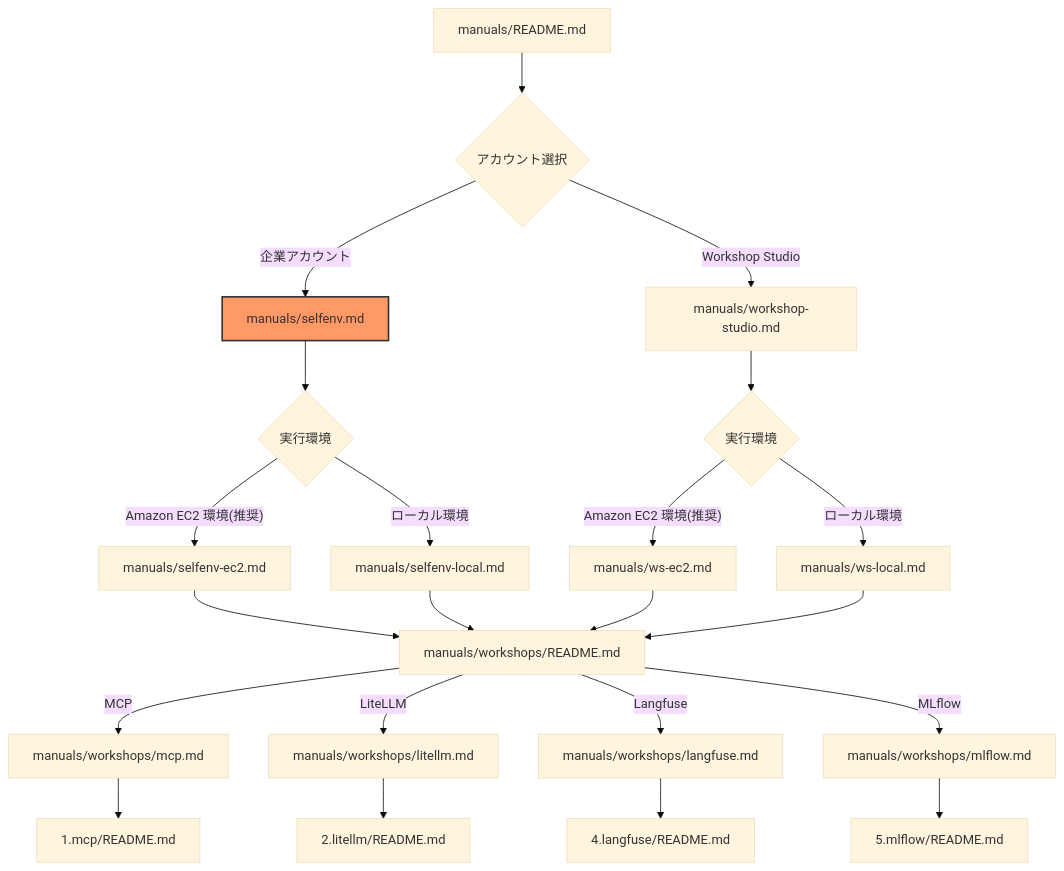
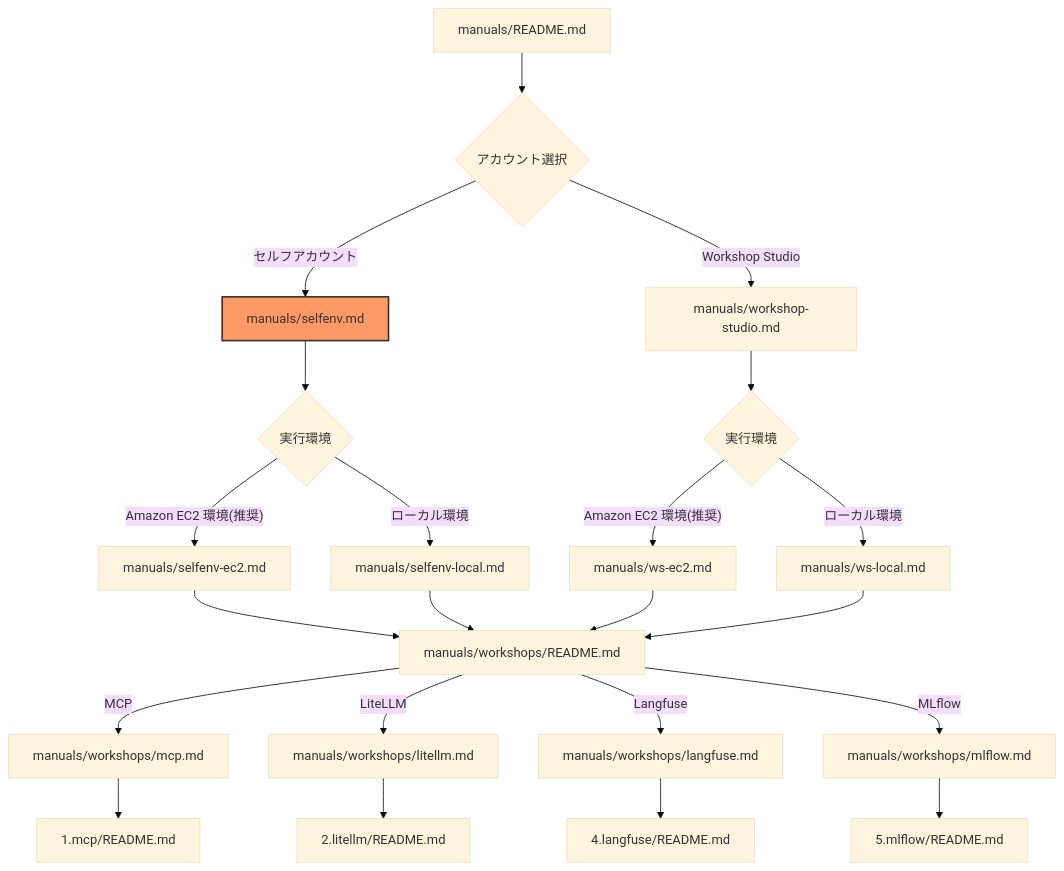
Before and after one commit to littlemex/aws-samples: the diagram in workshops/ai-coding-workshop/cline/manuals/selfenv.md, drawn with Mermaid (base theme). The commit also changed 1 other file, not shown here.

````diff
--- a/workshops/ai-coding-workshop/cline/manuals/selfenv.md
+++ b/workshops/ai-coding-workshop/cline/manuals/selfenv.md
@@ -8,44 +8,44 @@
 ```mermaid
 flowchart TD
     A[manuals/README.md] --> B{アカウント選択}
-    B -->|企業アカウント| C[manuals/selfenv.md]
+    B -->|セルフアカウント| C[manuals/selfenv.md]
     B -->|Workshop Studio| D[manuals/workshop-studio.md]
     
     C --> E{実行環境}
     D --> F{実行環境}
     
     E -->|"Amazon EC2 環境(推奨)"| G[manuals/selfenv-ec2.md]
     E -->|ローカル環境| H[manuals/selfenv-local.md]
     
     F -->|"Amazon EC2 環境(推奨)"| I[manuals/ws-ec2.md]
     F -->|ローカル環境| J[manuals/ws-local.md]
     
     G --> K[manuals/workshops/README.md]
     H --> K
     I --> K
     J --> K
     
     K -->|MCP| L[manuals/workshops/mcp.md]
     K -->|LiteLLM| M[manuals/workshops/litellm.md]
     K -->|Langfuse| N[manuals/workshops/langfuse.md]
     K -->|MLflow| O[manuals/workshops/mlflow.md]
     
     L --> P[1.mcp/README.md]
     M --> Q[2.litellm/README.md]
     N --> R[4.langfuse/README.md]
     O --> S[5.mlflow/README.md]
 
     click A href "https://github.com/littlemex/aws-samples/blob/feature/issue-53/workshops/ai-coding-workshop/cline/manuals/README.md"
     click D href "https://github.com/littlemex/aws-samples/blob/feature/issue-53/workshops/ai-coding-workshop/cline/manuals/workshop-studio.md"
     click G href "https://github.com/littlemex/aws-samples/blob/feature/issue-53/workshops/ai-coding-workshop/cline/manuals/selfenv-ec2.md"
     click H href "https://github.com/littlemex/aws-samples/blob/feature/issue-53/workshops/ai-coding-workshop/cline/manuals/selfenv-local.md"
     click I href "https://github.com/littlemex/aws-samples/blob/feature/issue-53/workshops/ai-coding-workshop/cline/manuals/ws-ec2.md"
     click J href "https://github.com/littlemex/aws-samples/blob/feature/issue-53/workshops/ai-coding-workshop/cline/manuals/ws-local.md"
     click K href "https://github.com/littlemex/aws-samples/blob/feature/issue-53/workshops/ai-coding-workshop/cline/manuals/workshops/README.md"
     click L href "https://github.com/littlemex/aws-samples/blob/feature/issue-53/workshops/ai-coding-workshop/cline/manuals/workshops/mcp.md"
     click M href "https://github.com/littlemex/aws-samples/blob/feature/issue-53/workshops/ai-coding-workshop/cline/manuals/workshops/litellm.md"
     click N href "https://github.com/littlemex/aws-samples/blob/feature/issue-53/workshops/ai-coding-workshop/cline/manuals/workshops/langfuse.md"
     click O href "https://github.com/littlemex/aws-samples/blob/feature/issue-53/workshops/ai-coding-workshop/cline/manuals/workshops/mlflow.md"
 
     style C fill:#f96,stroke:#333,stroke-width:2px
 ```
````
